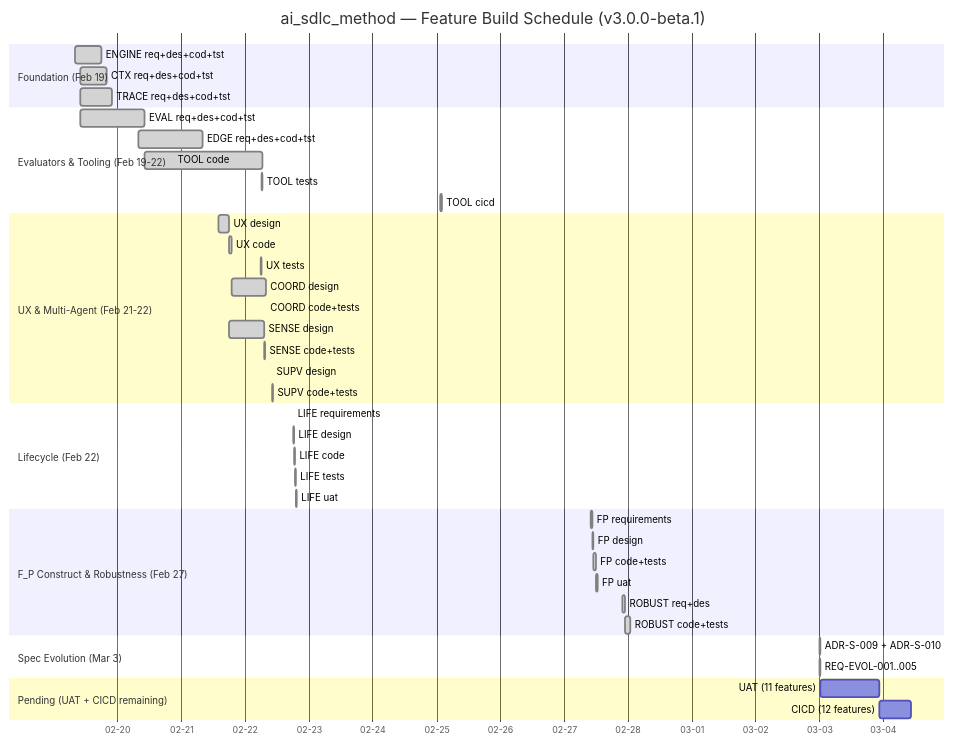
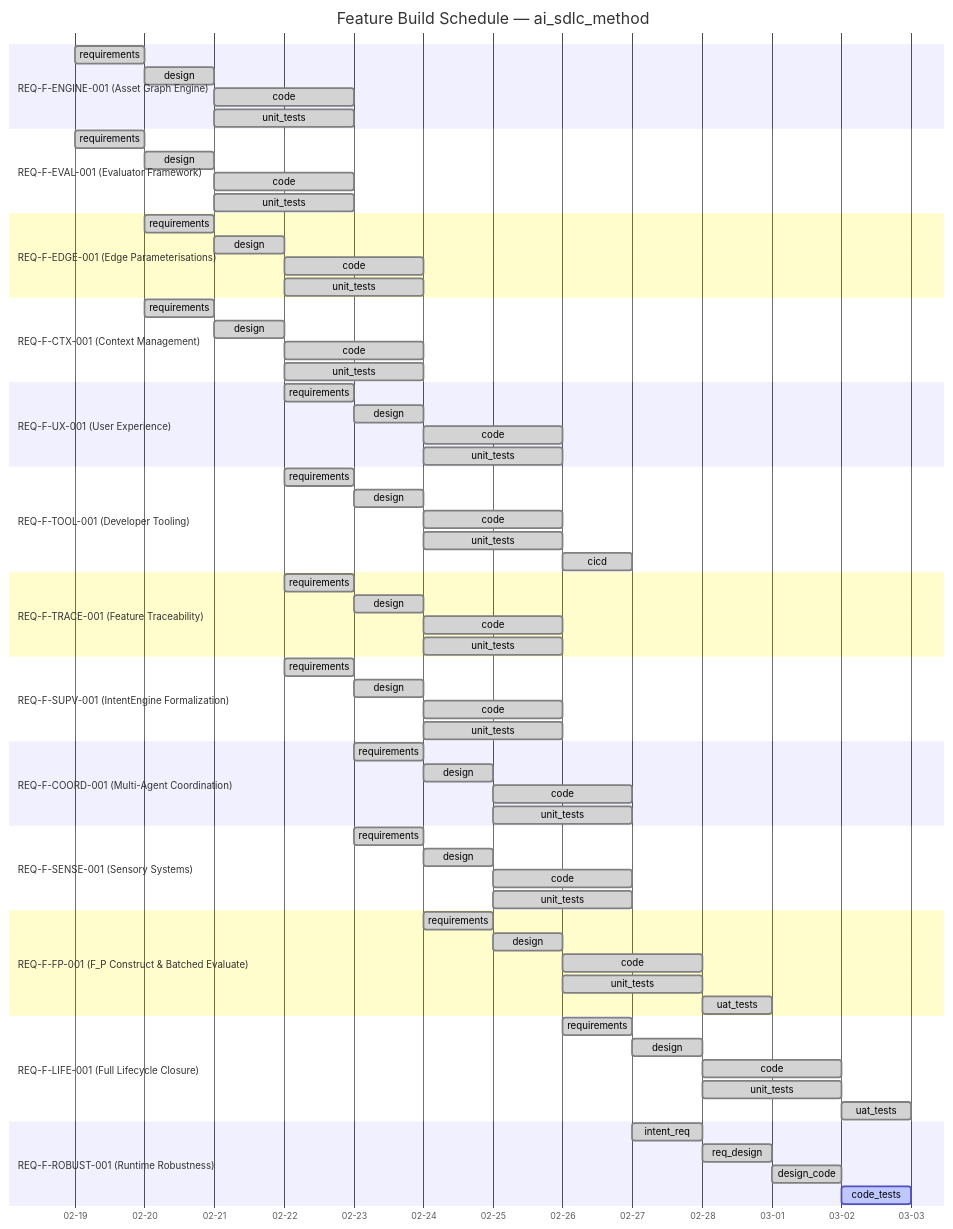
The diagram in .ai-workspace/STATUS.md (foolishimp/ai_sdlc_method), drawn with Mermaid before and after one commit. The commit also changed other lines of this file and 3 other files, not shown here.

First line of the commit message:
fix(gaps): anchor 11 REQ-F-FPC-* orphan keys — INT-GAPS-001 resolved

````diff
--- a/.ai-workspace/STATUS.md
+++ b/.ai-workspace/STATUS.md
@@ -48,52 +7,87 @@
 ```mermaid
 gantt
-    title ai_sdlc_method — Feature Build Schedule (v3.0.0-beta.1)
-    dateFormat YYYY-MM-DD HH:mm
+    title Feature Build Schedule — ai_sdlc_method
+    dateFormat YYYY-MM-DD
     axisFormat %m-%d
 
-    section Foundation (Feb 19)
-    ENGINE req+des+cod+tst   :done, eng, 2026-02-19 08:00, 2026-02-19 18:00
-    CTX req+des+cod+tst      :done, ctx, 2026-02-19 10:00, 2026-02-19 20:00
-    TRACE req+des+cod+tst    :done, trc, 2026-02-19 10:00, 2026-02-19 22:00
+    section REQ-F-ENGINE-001 (Asset Graph Engine)
+    requirements :done, eng-req, 2026-02-19, 1d
+    design       :done, eng-des, after eng-req, 1d
+    code         :done, eng-cod, after eng-des, 2d
+    unit_tests   :done, eng-tst, after eng-des, 2d
 
-    section Evaluators & Tooling (Feb 19-22)
-    EVAL req+des+cod+tst     :done, ev,  2026-02-19 10:00, 2026-02-20 10:00
-    EDGE req+des+cod+tst     :done, edg, 2026-02-20 08:00, 2026-02-21 08:00
-    TOOL code                :done, tlc, 2026-02-20 10:00, 2026-02-22 06:30
-    TOOL tests               :done, tlt, 2026-02-22 06:15, 2026-02-22 06:30
-    TOOL cicd                :done, tlci,2026-02-25 01:30, 2026-02-25 02:05
+    section REQ-F-EVAL-001 (Evaluator Framework)
+    requirements :done, eva-req, 2026-02-19, 1d
+    design       :done, eva-des, after eva-req, 1d
+    code         :done, eva-cod, after eva-des, 2d
+    unit_tests   :done, eva-tst, after eva-des, 2d
 
-    section UX & Multi-Agent (Feb 21-22)
-    UX design                :done, uxd, 2026-02-21 14:00, 2026-02-21 18:00
-    UX code                  :done, uxc, 2026-02-21 18:00, 2026-02-21 19:00
-    UX tests                 :done, uxt, 2026-02-22 06:00, 2026-02-22 06:15
-    COORD design             :done, cod, 2026-02-21 19:00, 2026-02-22 07:45
-    COORD code+tests         :done, coc, 2026-02-22 07:45, 2026-02-22 08:00
-    SENSE design             :done, sed, 2026-02-21 18:00, 2026-02-22 07:15
-    SENSE code+tests         :done, sec, 2026-02-22 07:15, 2026-02-22 07:30
-    SUPV design              :done, sud, 2026-02-22 10:00, 2026-02-22 10:15
-    SUPV code+tests          :done, suc, 2026-02-22 10:15, 2026-02-22 10:30
+    section REQ-F-EDGE-001 (Edge Parameterisations)
+    requirements :done, edg-req, 2026-02-20, 1d
+    design       :done, edg-des, after edg-req, 1d
+    code         :done, edg-cod, after edg-des, 2d
+    unit_tests   :done, edg-tst, after edg-des, 2d
 
-    section Lifecycle (Feb 22)
-    LIFE requirements        :done, lir, 2026-02-22 18:05, 2026-02-22 18:10
-    LIFE design              :done, lid, 2026-02-22 18:15, 2026-02-22 18:30
-    LIFE code                :done, lic, 2026-02-22 18:35, 2026-02-22 18:45
-    LIFE tests               :done, lit, 2026-02-22 18:50, 2026-02-22 19:00
-    LIFE uat                 :done, liu, 2026-02-22 19:10, 2026-02-22 19:30
+    section REQ-F-CTX-001 (Context Management)
+    requirements :done, ctx-req, 2026-02-20, 1d
+    design       :done, ctx-des, after ctx-req, 1d
+    code         :done, ctx-cod, after ctx-des, 2d
+    unit_tests   :done, ctx-tst, after ctx-des, 2d
 
-    section F_P Construct & Robustness (Feb 27)
-    FP requirements          :done, fpr, 2026-02-27 10:00, 2026-02-27 10:30
-    FP design                :done, fpd, 2026-02-27 10:30, 2026-02-27 11:00
-    FP code+tests            :done, fpc, 2026-02-27 11:00, 2026-02-27 12:00
-    FP uat                   :done, fpu, 2026-02-27 12:00, 2026-02-27 12:30
-    ROBUST req+des           :done, rbr, 2026-02-27 22:00, 2026-02-27 23:00
-    ROBUST code+tests        :done, rbc, 2026-02-27 23:00, 2026-02-28 01:00
+    section REQ-F-UX-001 (User Experience)
+    requirements :done, ux-req, 2026-02-22, 1d
+    design       :done, ux-des, after ux-req, 1d
+    code         :done, ux-cod, after ux-des, 2d
+    unit_tests   :done, ux-tst, after ux-des, 2d
 
-    section Spec Evolution (Mar 3)
-    ADR-S-009 + ADR-S-010    :done, adr, 2026-03-03 00:00, 2026-03-03 00:30
-    REQ-EVOL-001..005        :done, evl, 2026-03-03 00:00, 2026-03-03 00:30
+    section REQ-F-TOOL-001 (Developer Tooling)
+    requirements :done, tl-req, 2026-02-22, 1d
+    design       :done, tl-des, after tl-req, 1d
+    code         :done, tl-cod, after tl-des, 2d
+    unit_tests   :done, tl-tst, after tl-des, 2d
+    cicd         :done, tl-ci,  after tl-tst, 1d
 
-    section Pending (UAT + CICD remaining)
-    UAT (11 features)        :     uat-p, 2026-03-03 00:30, 22h
-    CICD (12 features)       :     cic-p, after uat-p, 12h
+    section REQ-F-TRACE-001 (Feature Traceability)
+    requirements :done, tr-req, 2026-02-22, 1d
+    design       :done, tr-des, after tr-req, 1d
+    code         :done, tr-cod, after tr-des, 2d
+    unit_tests   :done, tr-tst, after tr-des, 2d
+
+    section REQ-F-SUPV-001 (IntentEngine Formalization)
+    requirements :done, sp-req, 2026-02-22, 1d
+    design       :done, sp-des, after sp-req, 1d
+    code         :done, sp-cod, after sp-des, 2d
+    unit_tests   :done, sp-tst, after sp-des, 2d
+
+    section REQ-F-COORD-001 (Multi-Agent Coordination)
+    requirements :done, co-req, 2026-02-23, 1d
+    design       :done, co-des, after co-req, 1d
+    code         :done, co-cod, after co-des, 2d
+    unit_tests   :done, co-tst, after co-des, 2d
+
+    section REQ-F-SENSE-001 (Sensory Systems)
+    requirements :done, se-req, 2026-02-23, 1d
+    design       :done, se-des, after se-req, 1d
+    code         :done, se-cod, after se-des, 2d
+    unit_tests   :done, se-tst, after se-des, 2d
+
+    section REQ-F-FP-001 (F_P Construct & Batched Evaluate)
+    requirements :done, fp-req, 2026-02-24, 1d
+    design       :done, fp-des, after fp-req, 1d
+    code         :done, fp-cod, after fp-des, 2d
+    unit_tests   :done, fp-tst, after fp-des, 2d
+    uat_tests    :done, fp-uat, after fp-tst, 1d
+
+    section REQ-F-LIFE-001 (Full Lifecycle Closure)
+    requirements :done, li-req, 2026-02-26, 1d
+    design       :done, li-des, after li-req, 1d
+    code         :done, li-cod, after li-des, 2d
+    unit_tests   :done, li-tst, after li-des, 2d
+    uat_tests    :done, li-uat, after li-tst, 1d
+
+    section REQ-F-ROBUST-001 (Runtime Robustness)
+    intent_req   :done,   ro-ir, 2026-02-27, 1d
+    req_design   :done,   ro-rd, after ro-ir, 1d
+    design_code  :done,   ro-dc, after ro-rd, 1d
+    code_tests   :active, ro-ct, after ro-dc, 1d
 ```
````
